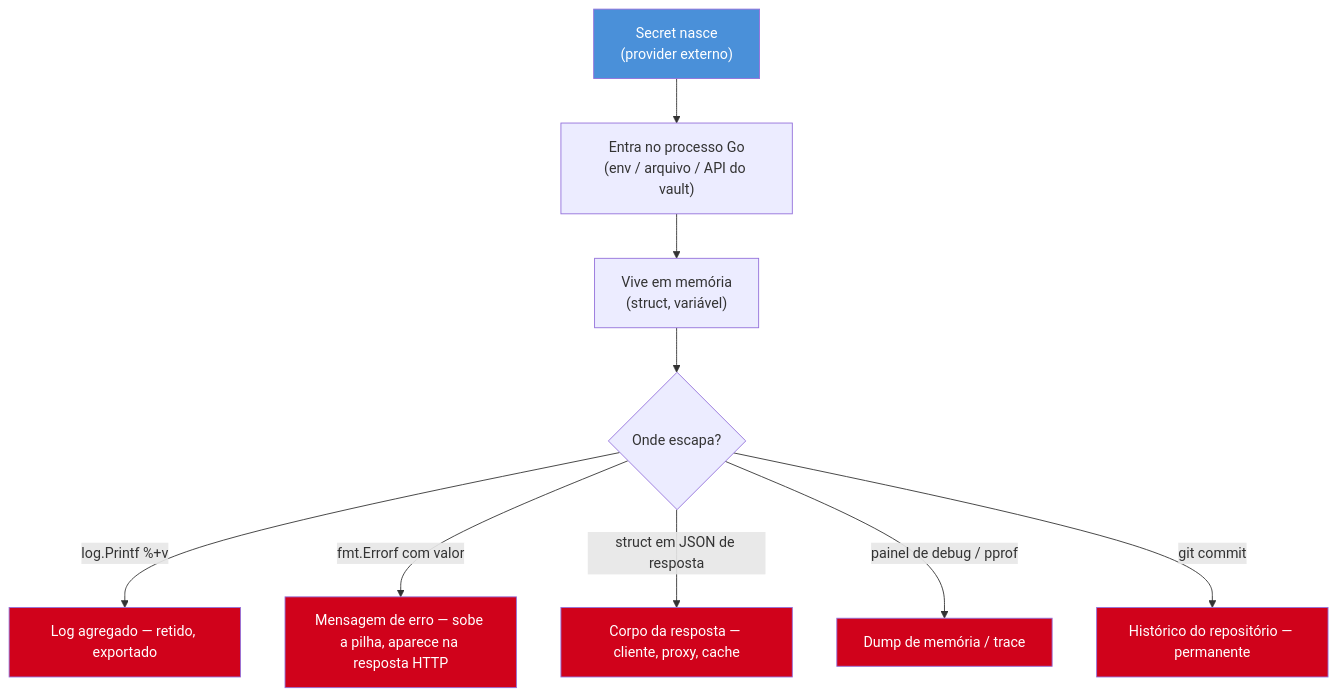
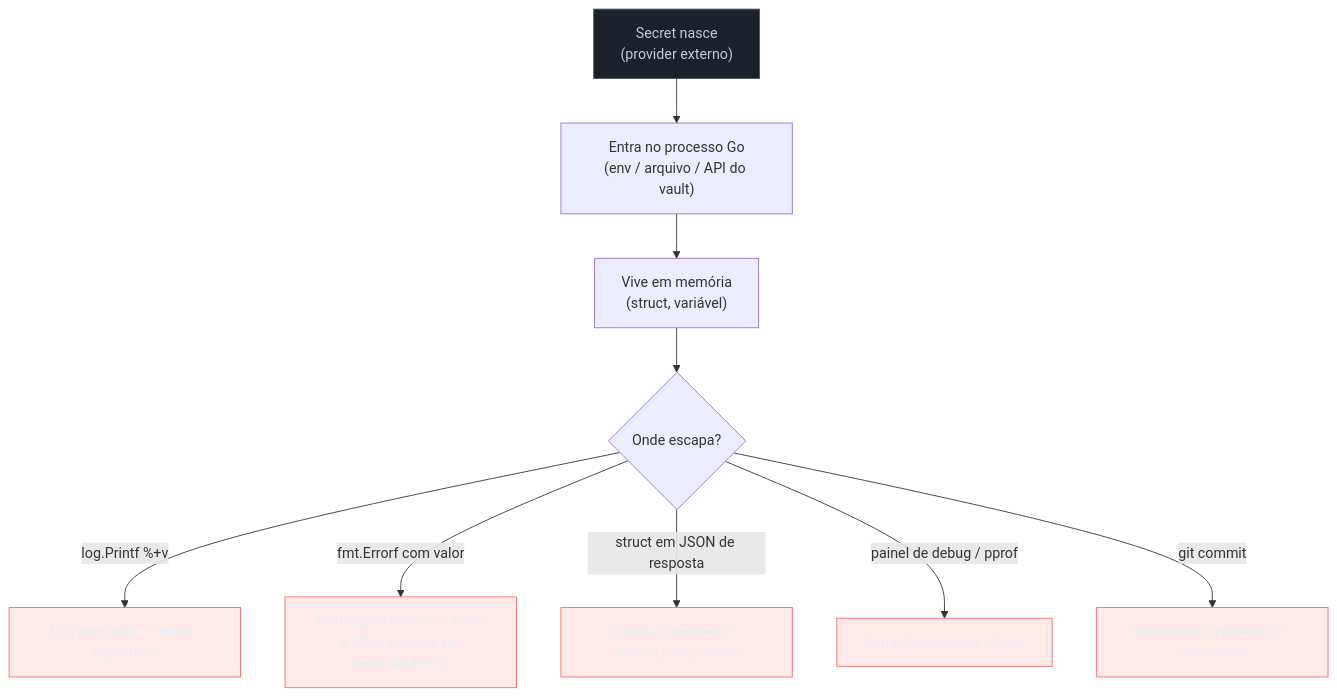
The first of 2 diagrams in 03-Dominios/Tecnologia/Go/19 - Segurança/06 - Secrets e configuração segura.md (josenaldo/codex-technomanticus), drawn with Mermaid before and after one commit. The commit also changed other lines of this file and 1181 other files, not shown here.

First line of the commit message:
fix(diagramas): paleta do sistema no lugar de cor cravada no markdown

````diff
--- a/03-Dominios/Tecnologia/Go/19 - Segurança/06 - Secrets e configuração segura.md
+++ b/03-Dominios/Tecnologia/Go/19 - Segurança/06 - Secrets e configuração segura.md
@@ -34,18 +34,20 @@
 ```mermaid
 flowchart TB
+    classDef neutro fill:#1B2029,stroke:#4E5666,color:#C6CCD8
+    classDef falha fill:#FF6B6B24,stroke:#FF6B6B,color:#E9ECF2
     A["Secret nasce\n(provider externo)"] --> B["Entra no processo Go\n(env / arquivo / API do vault)"]
     B --> C["Vive em memória\n(struct, variável)"]
     C --> D{"Onde escapa?"}
     D -->|"log.Printf %+v"| E["Log agregado — retido, exportado"]
     D -->|"fmt.Errorf com valor"| F["Mensagem de erro — sobe a pilha, aparece na resposta HTTP"]
     D -->|"struct em JSON de resposta"| G["Corpo da resposta — cliente, proxy, cache"]
     D -->|"painel de debug / pprof"| H["Dump de memória / trace"]
     D -->|"git commit"| I["Histórico do repositório — permanente"]
 
-    style A fill:#4A90D9,color:#fff
-    style E fill:#D0021B,color:#fff
-    style F fill:#D0021B,color:#fff
-    style G fill:#D0021B,color:#fff
-    style H fill:#D0021B,color:#fff
-    style I fill:#D0021B,color:#fff
+    class A neutro
+    class E falha
+    class F falha
+    class G falha
+    class H falha
+    class I falha
 ```
````
